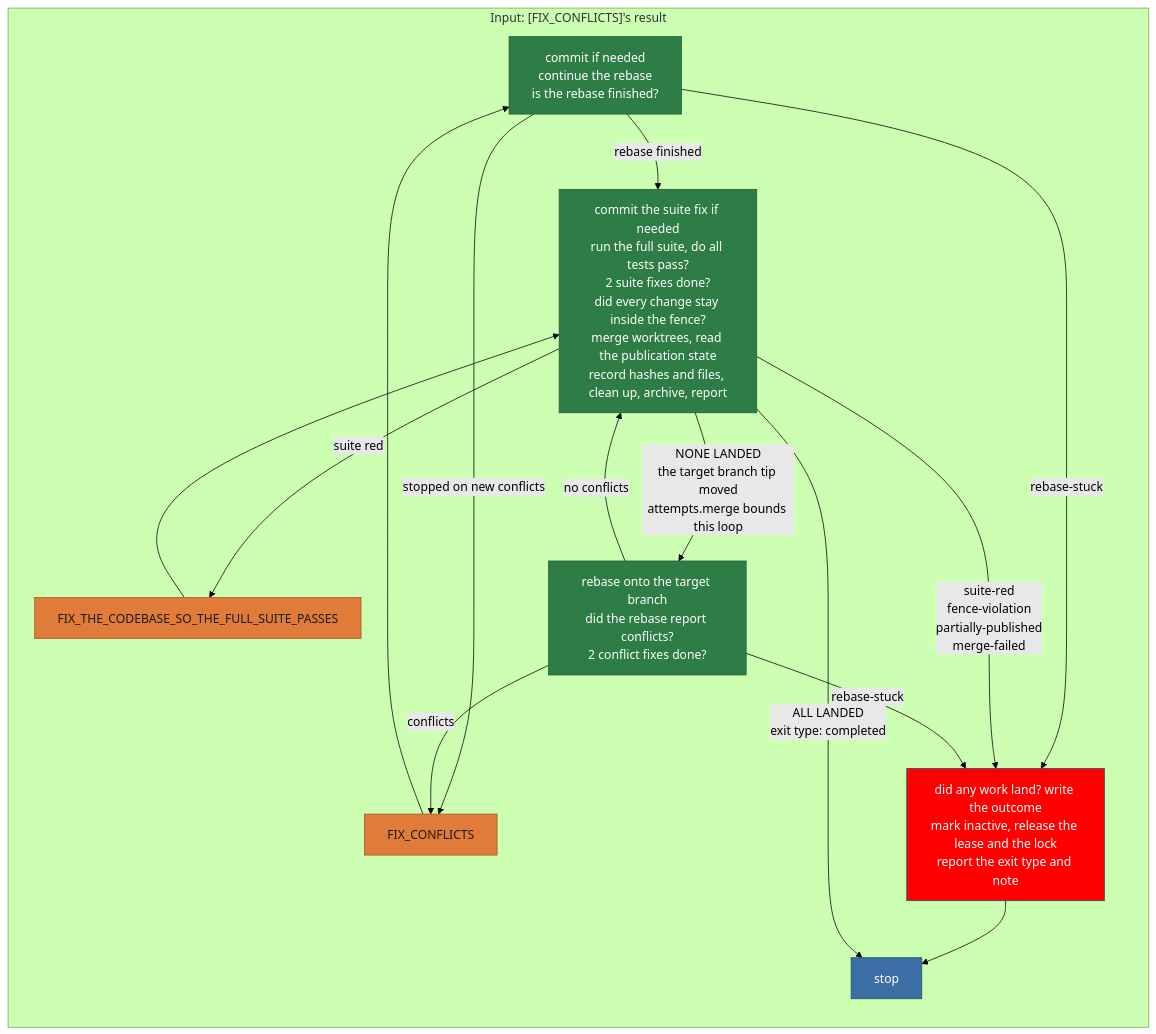
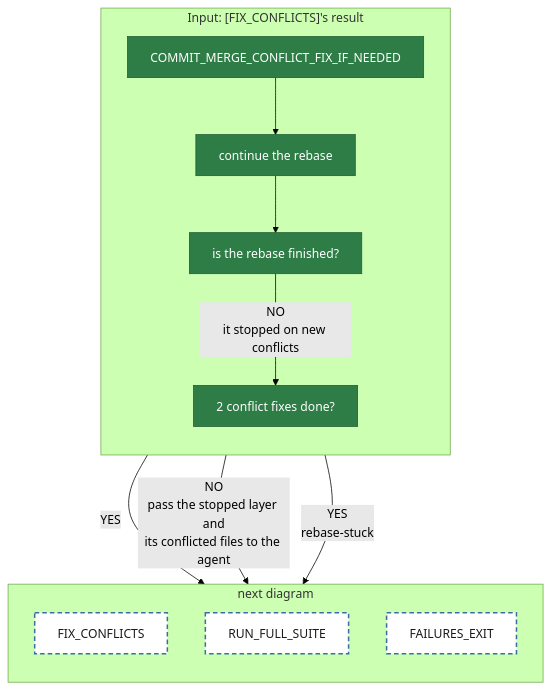
The diagram in diagrams/tackle-tasks/pipeline-commitMergeConflictFixIfNeeded.mmd (matkatmusic/taskTools), drawn with Mermaid (forest theme) before and after one commit. The commit also changed 164 other files, not shown here.

```diff
--- a/diagrams/tackle-tasks/pipeline-commitMergeConflictFixIfNeeded.mmd
+++ b/diagrams/tackle-tasks/pipeline-commitMergeConflictFixIfNeeded.mmd
@@ -1,35 +1,32 @@
 flowchart TB
-%% One agent() call. /run-step starts at COMMIT_MERGE_CONFLICT_FIX_IF_NEEDED; paths end at orange box or STOP; its answer feeds named diagram.
+%% One agent() call. /run-step starts at COMMIT_MERGE_CONFLICT_FIX_IF_NEEDED. Every path ends at an orange block or a dashed block.
 
   subgraph commitMergeConflictFixIfNeeded ["Input: [FIX_CONFLICTS]'s result"]
     direction TB
-    COMMIT_MERGE_CONFLICT_FIX_IF_NEEDED["commit if needed<br/>continue the rebase<br/>is the rebase finished?"]
+    COMMIT_MERGE_CONFLICT_FIX_IF_NEEDED["COMMIT_MERGE_CONFLICT_FIX_IF_NEEDED"]
+    CONTINUE_REBASE["continue the rebase"]
+    IS_REBASE_FINISHED_Q["is the rebase finished?"]
+    ARE_2_CONFLICT_FIXES_DONE_Q["2 conflict fixes done?"]
+  end
+  subgraph commitMergeConflictFixIfNeededNext ["next diagram"]
+    direction TB
     FIX_CONFLICTS["FIX_CONFLICTS"]
-    FAILURES_EXIT["did any work land? write the outcome<br/>mark inactive, release the lease and the lock<br/>report the exit type and note"]
-    STOP["stop"]
-    RUN_FULL_SUITE["commit the suite fix if needed<br/>run the full suite, do all tests pass?<br/>2 suite fixes done?<br/>did every change stay inside the fence?<br/>merge worktrees, read the publication state<br/>record hashes and files, clean up, archive, report"]
-    FIX_THE_CODEBASE_FOR_SUITE["FIX_THE_CODEBASE_SO_THE_FULL_SUITE_PASSES"]
-    REBASE_ONTO_TARGET_BRANCH["rebase onto the target branch<br/>did the rebase report conflicts?<br/>2 conflict fixes done?"]
+    RUN_FULL_SUITE["RUN_FULL_SUITE"]
+    FAILURES_EXIT["FAILURES_EXIT"]
   end
-  COMMIT_MERGE_CONFLICT_FIX_IF_NEEDED -- "stopped on new conflicts" --> FIX_CONFLICTS
-  FAILURES_EXIT --> STOP
-  COMMIT_MERGE_CONFLICT_FIX_IF_NEEDED -- "rebase-stuck" --> FAILURES_EXIT
-  COMMIT_MERGE_CONFLICT_FIX_IF_NEEDED -- "rebase finished" --> RUN_FULL_SUITE
-  RUN_FULL_SUITE -- "suite red" --> FIX_THE_CODEBASE_FOR_SUITE
-  RUN_FULL_SUITE -- "suite-red<br/>fence-violation<br/>partially-published<br/>merge-failed" --> FAILURES_EXIT
-  RUN_FULL_SUITE -- "ALL LANDED<br/>exit type: completed" --> STOP
-  RUN_FULL_SUITE -- "NONE LANDED<br/>the target branch tip moved<br/>attempts.merge bounds this loop" --> REBASE_ONTO_TARGET_BRANCH
-  REBASE_ONTO_TARGET_BRANCH -- "conflicts" --> FIX_CONFLICTS
-  REBASE_ONTO_TARGET_BRANCH -- "rebase-stuck" --> FAILURES_EXIT
-  REBASE_ONTO_TARGET_BRANCH -- "no conflicts" --> RUN_FULL_SUITE
-  FIX_CONFLICTS --> COMMIT_MERGE_CONFLICT_FIX_IF_NEEDED
-  FIX_THE_CODEBASE_FOR_SUITE --> RUN_FULL_SUITE
+  commitMergeConflictFixIfNeeded ~~~ commitMergeConflictFixIfNeededNext
+
+  COMMIT_MERGE_CONFLICT_FIX_IF_NEEDED --> CONTINUE_REBASE
+  CONTINUE_REBASE --> IS_REBASE_FINISHED_Q
+  IS_REBASE_FINISHED_Q -- "YES" --> RUN_FULL_SUITE
+  IS_REBASE_FINISHED_Q -- "NO<br/>it stopped on new conflicts" --> ARE_2_CONFLICT_FIXES_DONE_Q
+  ARE_2_CONFLICT_FIXES_DONE_Q -- "NO<br/>pass the stopped layer and<br/>its conflicted files to the agent" --> FIX_CONFLICTS
+  ARE_2_CONFLICT_FIXES_DONE_Q -- "YES<br/>rebase-stuck" --> FAILURES_EXIT
 
   classDef script fill:#2f7d46,stroke:#1e5c31,color:#ffffff
   classDef returns_a_prompt fill:#e07b39,stroke:#a8541f,color:#1a1a1a
   classDef fail fill:red,stroke:#254a70,color:#ffffff
   classDef output fill:#3b6ea5,stroke:#254a70,color:#ffffff
-  class COMMIT_MERGE_CONFLICT_FIX_IF_NEEDED,RUN_FULL_SUITE,REBASE_ONTO_TARGET_BRANCH script
-  class FIX_CONFLICTS,FIX_THE_CODEBASE_FOR_SUITE returns_a_prompt
-  class FAILURES_EXIT fail
-  class STOP output
+  classDef next_diagram fill:#ffffff,stroke:#3b6ea5,stroke-width:2px,stroke-dasharray:6 4,color:#1a1a1a
+  class COMMIT_MERGE_CONFLICT_FIX_IF_NEEDED,CONTINUE_REBASE,IS_REBASE_FINISHED_Q,ARE_2_CONFLICT_FIXES_DONE_Q script
+  class FIX_CONFLICTS,RUN_FULL_SUITE,FAILURES_EXIT next_diagram
```
